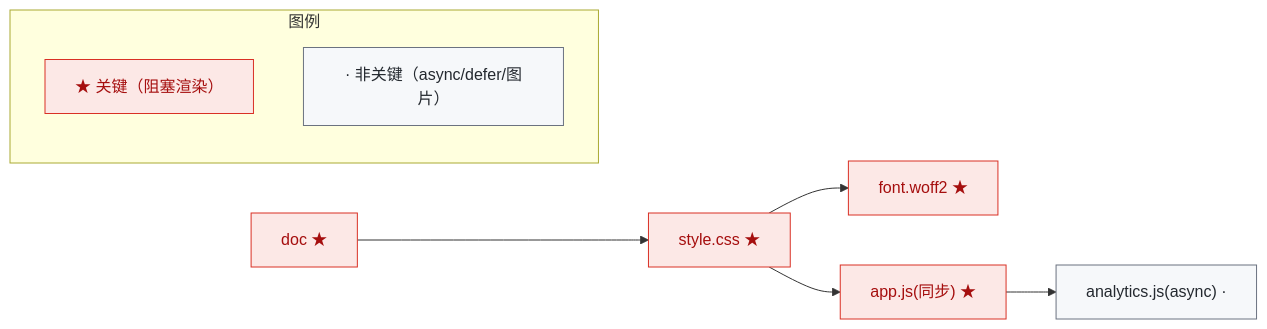
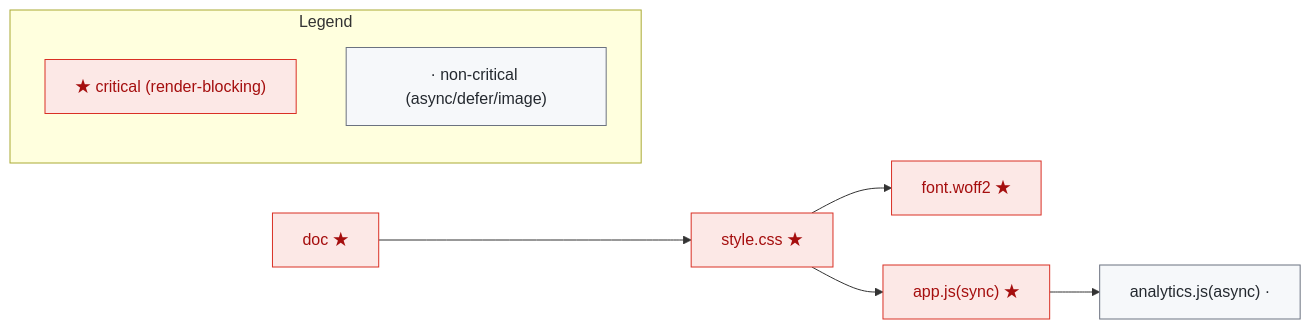
One commit to hitechcloud-vietnam/har-skills changed the third of 4 diagrams in website/zh/workflows/performance.md. Above: the diagram before and after it, drawn with Mermaid. The commit also changed other lines of this file and 97 other files, not shown here.

````diff
--- a/website/zh/workflows/performance.md
+++ b/website/zh/workflows/performance.md
@@ -165,14 +168,14 @@
 ```mermaid
 flowchart LR
     DOC["doc ★"]:::crit --> CSS["style.css ★"]:::crit
     CSS --> FONT["font.woff2 ★"]:::crit
-    CSS --> APPJS["app.js(同步) ★"]:::crit
+    CSS --> APPJS["app.js(sync) ★"]:::crit
     APPJS --> ANA["analytics.js(async) ·"]:::noncrit
-    subgraph legend["图例"]
-        L1["★ 关键（阻塞渲染）"]:::crit
-        L2["· 非关键（async/defer/图片）"]:::noncrit
+    subgraph legend["Legend"]
+        L1["★ critical (render-blocking)"]:::crit
+        L2["· non-critical (async/defer/image)"]:::noncrit
     end
 
     classDef crit fill:#fce8e6,stroke:#d93025,color:#a50e0e
     classDef noncrit fill:#f6f8fa,stroke:#6b7280,color:#24292f
 ```
````
